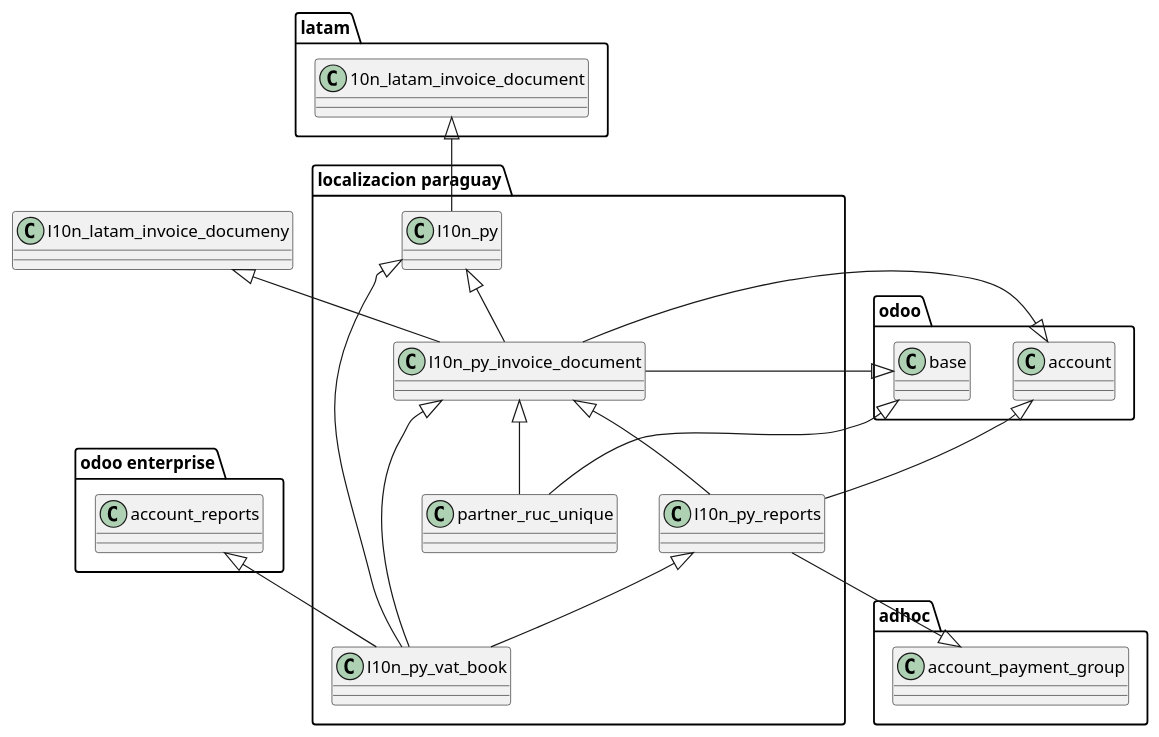
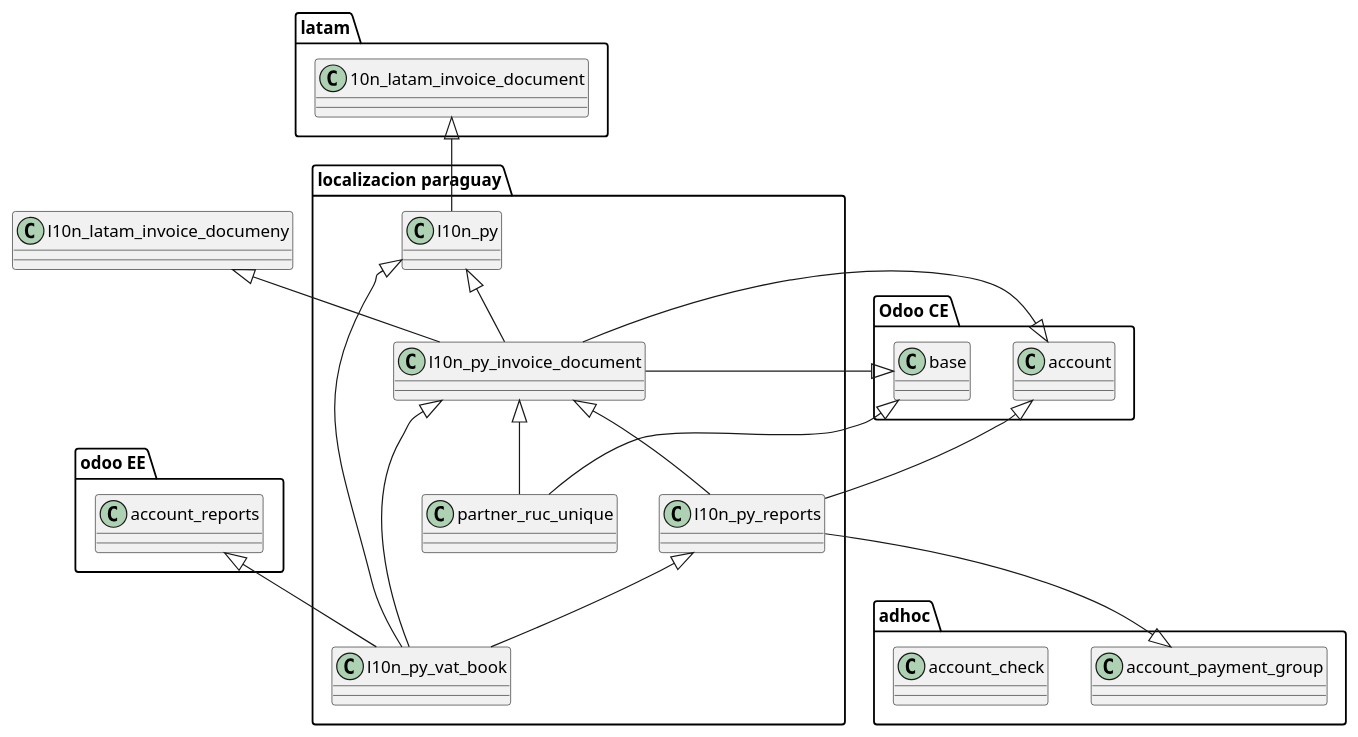
The diagram in doc/global.puml (yasserdjerbi/test), drawn with PlantUML before and after one commit.

Commit message:
[ADD] - puml integration

```diff
--- a/doc/global.puml
+++ b/doc/global.puml
@@ -1,43 +1,44 @@
 @startuml
 
-package "odoo enterprise" {
+package "odoo EE" {
 class account_reports
 }
 
-package "odoo" {
+package "Odoo CE" {
     class account
     class base
 }
 package "latam" {
     class 10n_latam_invoice_document
 }
 package "localizacion paraguay" {
     class l10n_py
     class l10n_py_invoice_document
     class l10n_py_reports
     class l10n_py_vat_book
     class partner_ruc_unique
 }
 package "adhoc" {
     class account_payment_group
+    class account_check
 }
 
 10n_latam_invoice_document <|-- l10n_py
 base <|-u- l10n_py_invoice_document
 l10n_py <|-- l10n_py_invoice_document
 account <|-- l10n_py_invoice_document
 l10n_latam_invoice_documeny <|-- l10n_py_invoice_document
 
 account <|-- l10n_py_reports
 l10n_py_invoice_document <|-- l10n_py_reports
 account_payment_group <|-u- l10n_py_reports
 
 l10n_py <|-- l10n_py_vat_book
 l10n_py_reports <|-- l10n_py_vat_book
 l10n_py_invoice_document <|-- l10n_py_vat_book
 account_reports <|-- l10n_py_vat_book
 
 base <|-- partner_ruc_unique
 l10n_py_invoice_document <|-- partner_ruc_unique
 
 @enduml
```
